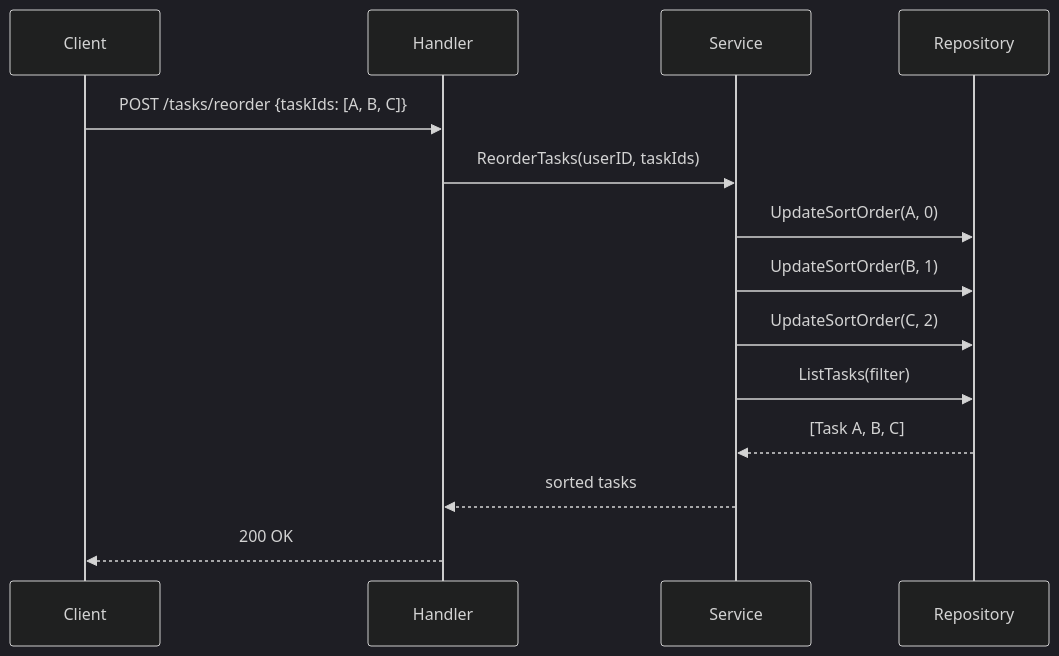
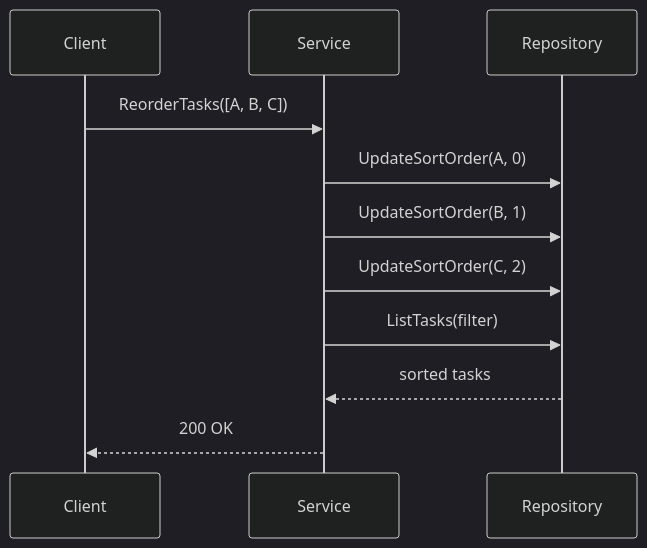
One commit to yu-min3/kensan changed the fourth of 5 diagrams in backend/services/task/ARCHITECTURE.md. Above: the diagram before and after it, drawn with Mermaid (dark theme). The commit also changed other lines of this file and 117 other files, not shown here.

````diff
--- a/backend/services/task/ARCHITECTURE.md
+++ b/backend/services/task/ARCHITECTURE.md
@@ -454,17 +234,14 @@
 ```mermaid
 sequenceDiagram
     participant Client
-    participant Handler
     participant Service
     participant Repository
 
-    Client->>Handler: POST /tasks/reorder {taskIds: [A, B, C]}
-    Handler->>Service: ReorderTasks(userID, taskIds)
+    Client->>Service: ReorderTasks([A, B, C])
     Service->>Repository: UpdateSortOrder(A, 0)
     Service->>Repository: UpdateSortOrder(B, 1)
     Service->>Repository: UpdateSortOrder(C, 2)
     Service->>Repository: ListTasks(filter)
-    Repository-->>Service: [Task A, B, C]
-    Service-->>Handler: sorted tasks
-    Handler-->>Client: 200 OK
+    Repository-->>Service: sorted tasks
+    Service-->>Client: 200 OK
 ```
````
